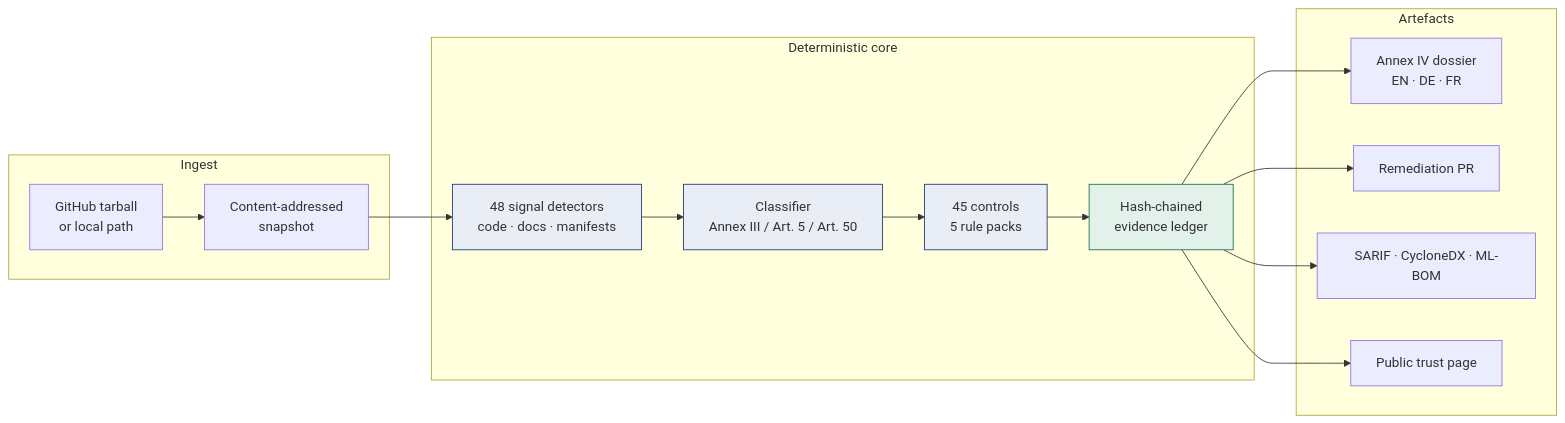
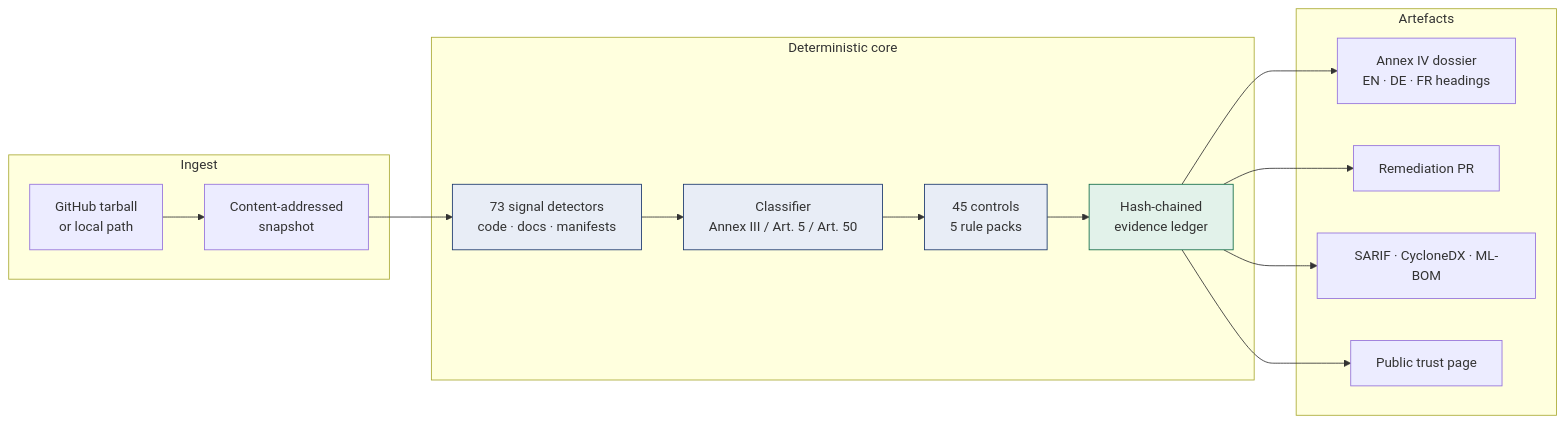
Before and after one commit to shi1720/LexHack: the diagram in README.md, drawn with Mermaid. The commit also changed other lines of this file and 38 other files, not shown here.

````diff
--- a/README.md
+++ b/README.md
@@ -83,22 +92,22 @@
 ```mermaid
 flowchart LR
   subgraph Ingest
     A[GitHub tarball<br/>or local path] --> B[Content-addressed<br/>snapshot]
   end
   subgraph Deterministic core
-    B --> C[48 signal detectors<br/>code · docs · manifests]
+    B --> C[73 signal detectors<br/>code · docs · manifests]
     C --> D[Classifier<br/>Annex III / Art. 5 / Art. 50]
     D --> E[45 controls<br/>5 rule packs]
     E --> F[Hash-chained<br/>evidence ledger]
   end
   subgraph Artefacts
-    F --> G[Annex IV dossier<br/>EN · DE · FR]
+    F --> G[Annex IV dossier<br/>EN · DE · FR headings]
     F --> H[Remediation PR]
     F --> I[SARIF · CycloneDX · ML-BOM]
     F --> J[Public trust page]
   end
   style C fill:#e8edf6,stroke:#17356b
   style D fill:#e8edf6,stroke:#17356b
   style E fill:#e8edf6,stroke:#17356b
   style F fill:#e2f2ea,stroke:#0f6b45
 ```
````
